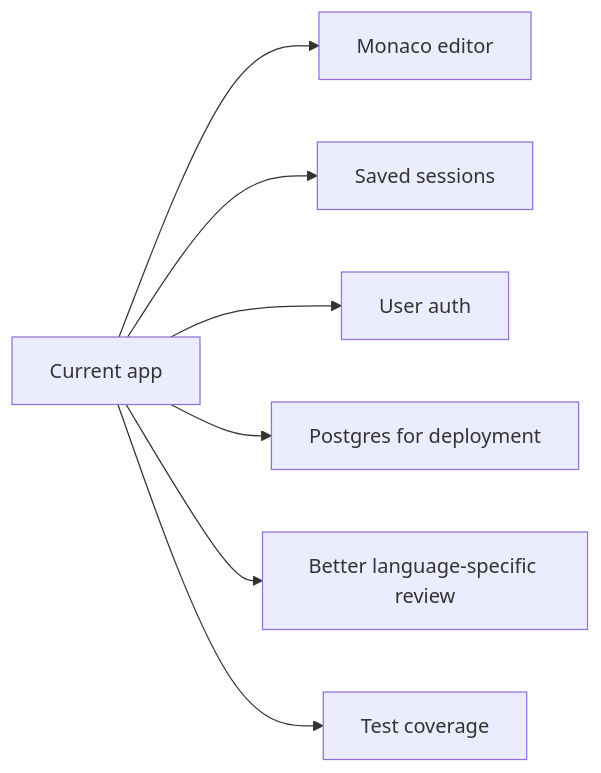
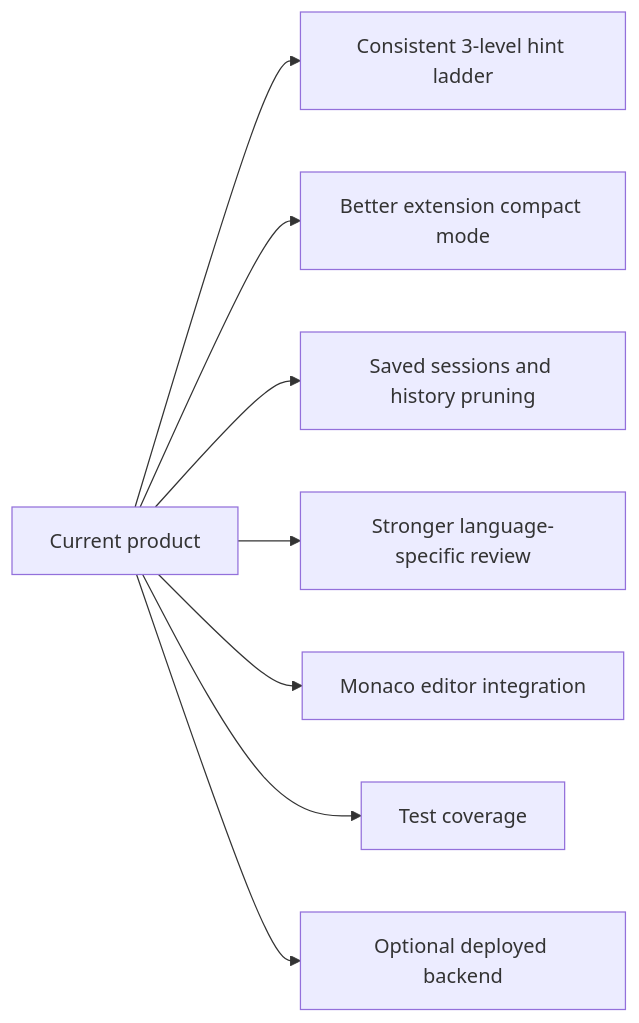
Before and after one commit to Harshpreet1729/LeetMentor: the ninth of 9 diagrams in README.md, drawn with Mermaid. The commit also changed other lines of this file, not shown here.

Commit message:
Rewrite README diagrams and theory

````diff
--- a/README.md
+++ b/README.md
@@ -247,9 +380,10 @@
 ```mermaid
 flowchart LR
-    A[Current app] --> B[Monaco editor]
-    A --> C[Saved sessions]
-    A --> D[User auth]
-    A --> E[Postgres for deployment]
-    A --> F[Better language-specific review]
-    A --> G[Test coverage]
+    A["Current product"] --> B["Consistent 3-level hint ladder"]
+    A --> C["Better extension compact mode"]
+    A --> D["Saved sessions and history pruning"]
+    A --> E["Stronger language-specific review"]
+    A --> F["Monaco editor integration"]
+    A --> G["Test coverage"]
+    A --> H["Optional deployed backend"]
 ```
````
